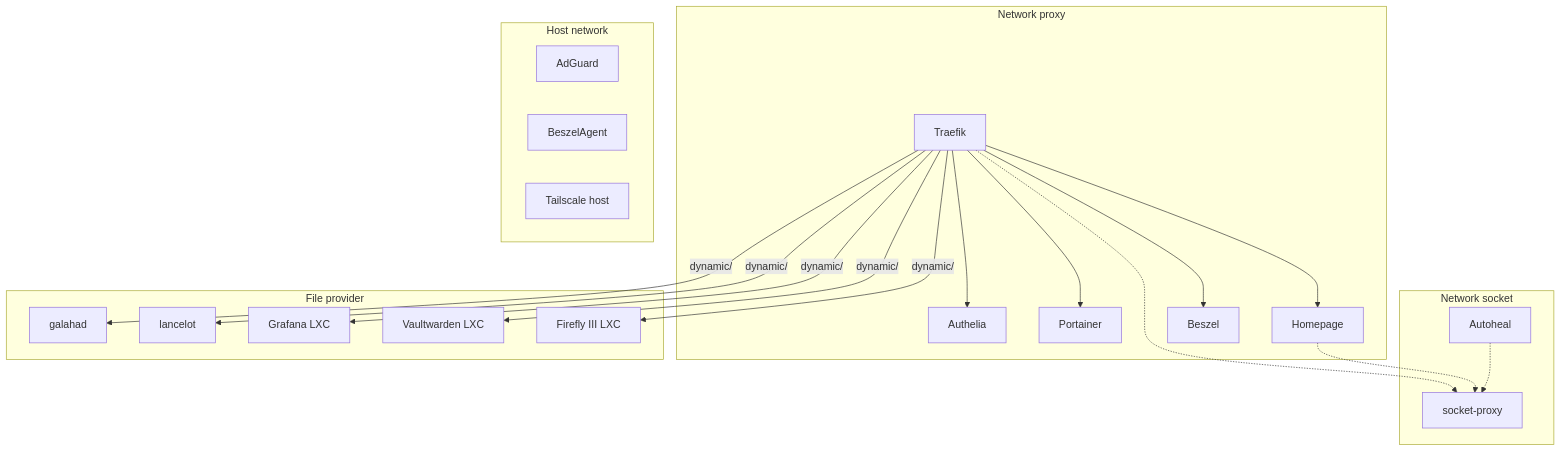
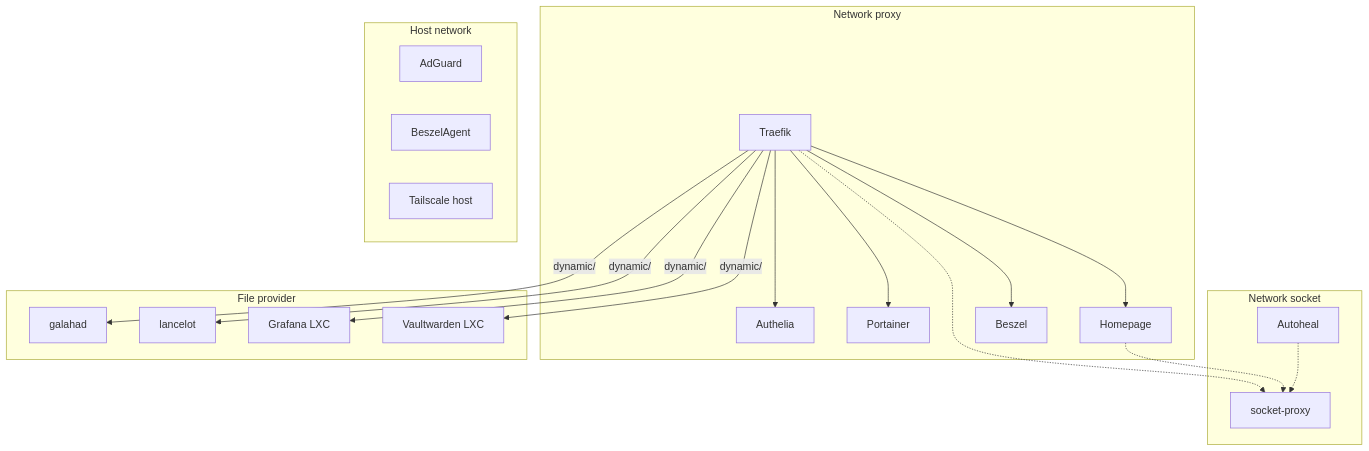
The diagram in docs/services/index.md (GabinSMD/homelab-doc), drawn with Mermaid before and after one commit. The commit also changed other lines of this file and 6 other files, not shown here.

First line of the commit message:
docs: retirer Firefly III, service retire du homelab le 2026-09-19

````diff
--- a/docs/services/index.md
+++ b/docs/services/index.md
@@ -70,30 +68,29 @@
 ```mermaid
 graph TB
     subgraph Network proxy
         Traefik --> Authelia
         Traefik --> Portainer
         Traefik --> Homepage
         Traefik --> Beszel
     end
 
     subgraph Network socket
         SP[socket-proxy]
         Traefik -.-> SP
         Homepage -.-> SP
         Autoheal -.-> SP
     end
 
     subgraph Host network
         AdGuard
         BeszelAgent
         Tailscale[Tailscale host]
     end
 
     subgraph File provider
         Traefik -->|dynamic/| PVE1[galahad]
         Traefik -->|dynamic/| PVE2[lancelot]
         Traefik -->|dynamic/| Logs[Grafana LXC]
         Traefik -->|dynamic/| Vault[Vaultwarden LXC]
-        Traefik -->|dynamic/| Finance[Firefly III LXC]
     end
 ```
````
